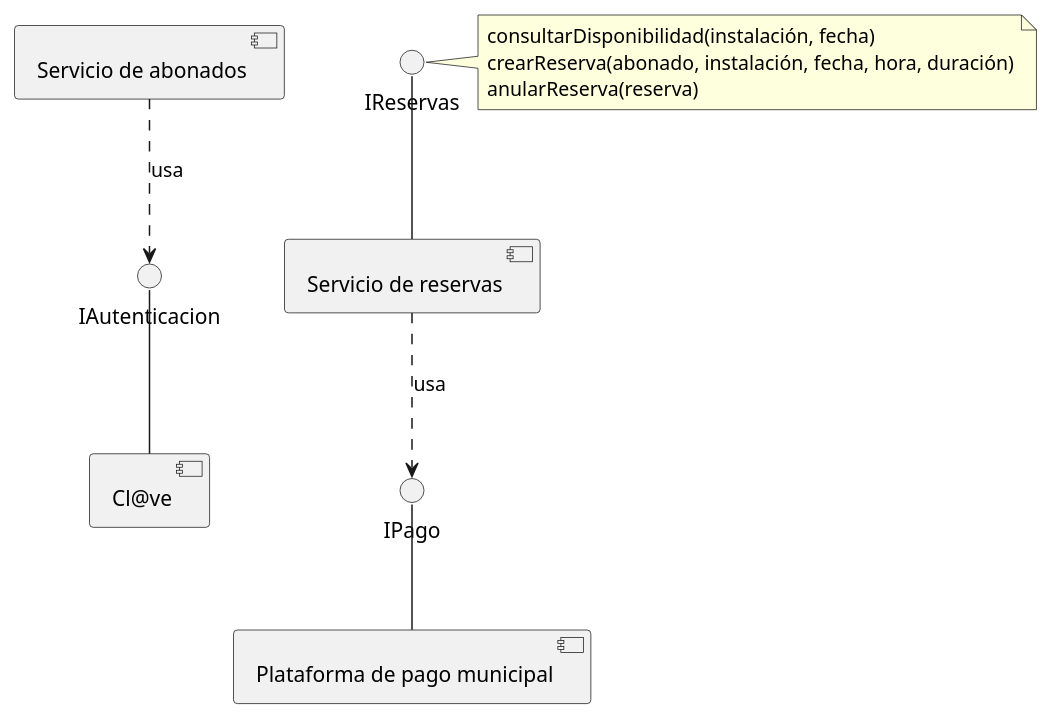
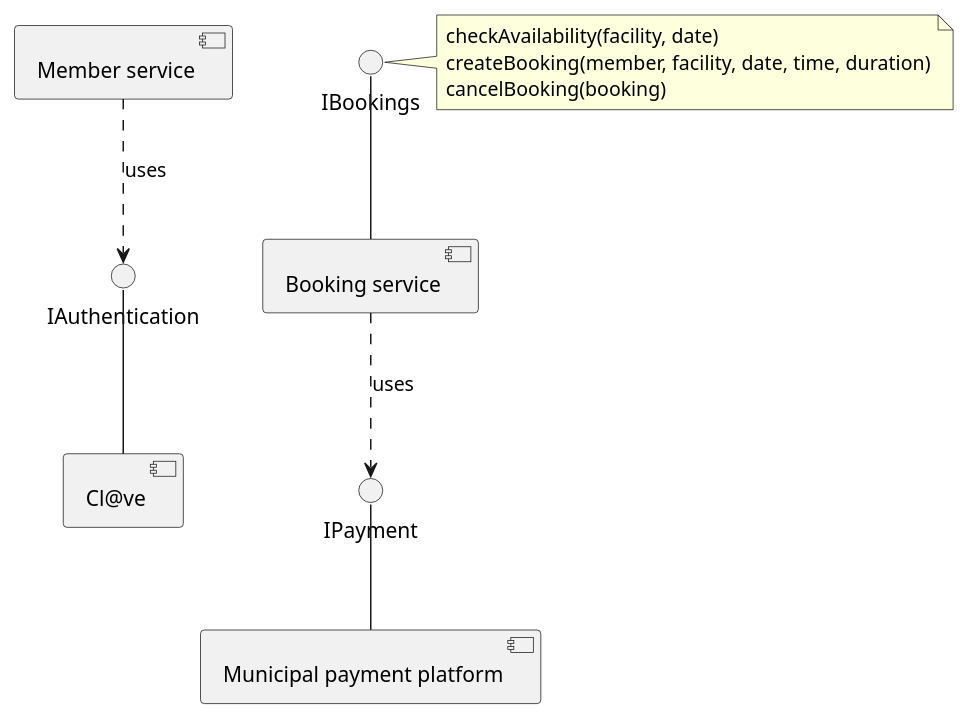
One commit to proteus-University-of-Seville/profile-madeja changed the diagram in archetypes/en_us/projects/sample-sports-center/assets/interfaz-servicios.puml. Above: the diagram before and after it, drawn with PlantUML. The commit also changed 16 other files, not shown here.

First line of the commit message:
Translate the diagrams of the English sample to English

```diff
--- a/archetypes/en_us/projects/sample-sports-center/assets/interfaz-servicios.puml
+++ b/archetypes/en_us/projects/sample-sports-center/assets/interfaz-servicios.puml
@@ -1,20 +1,20 @@
 @startuml
 skinparam defaultFontName Arial
-component "Servicio de reservas" as reservas
-interface "IReservas" as ireservas
-reservas -up- ireservas
-note right of ireservas
-  consultarDisponibilidad(instalación, fecha)
-  crearReserva(abonado, instalación, fecha, hora, duración)
-  anularReserva(reserva)
+component "Booking service" as bookings
+interface "IBookings" as ibookings
+bookings -up- ibookings
+note right of ibookings
+  checkAvailability(facility, date)
+  createBooking(member, facility, date, time, duration)
+  cancelBooking(booking)
 end note
-component "Plataforma de pago municipal" as pago
-interface "IPago" as ipago
-pago -up- ipago
-reservas ..> ipago : usa
+component "Municipal payment platform" as payment
+interface "IPayment" as ipayment
+payment -up- ipayment
+bookings ..> ipayment : uses
 component "Cl@ve" as clave
-interface "IAutenticacion" as iauth
+interface "IAuthentication" as iauth
 clave -up- iauth
-component "Servicio de abonados" as abonados
-abonados ..> iauth : usa
+component "Member service" as members
+members ..> iauth : uses
 @enduml
```
